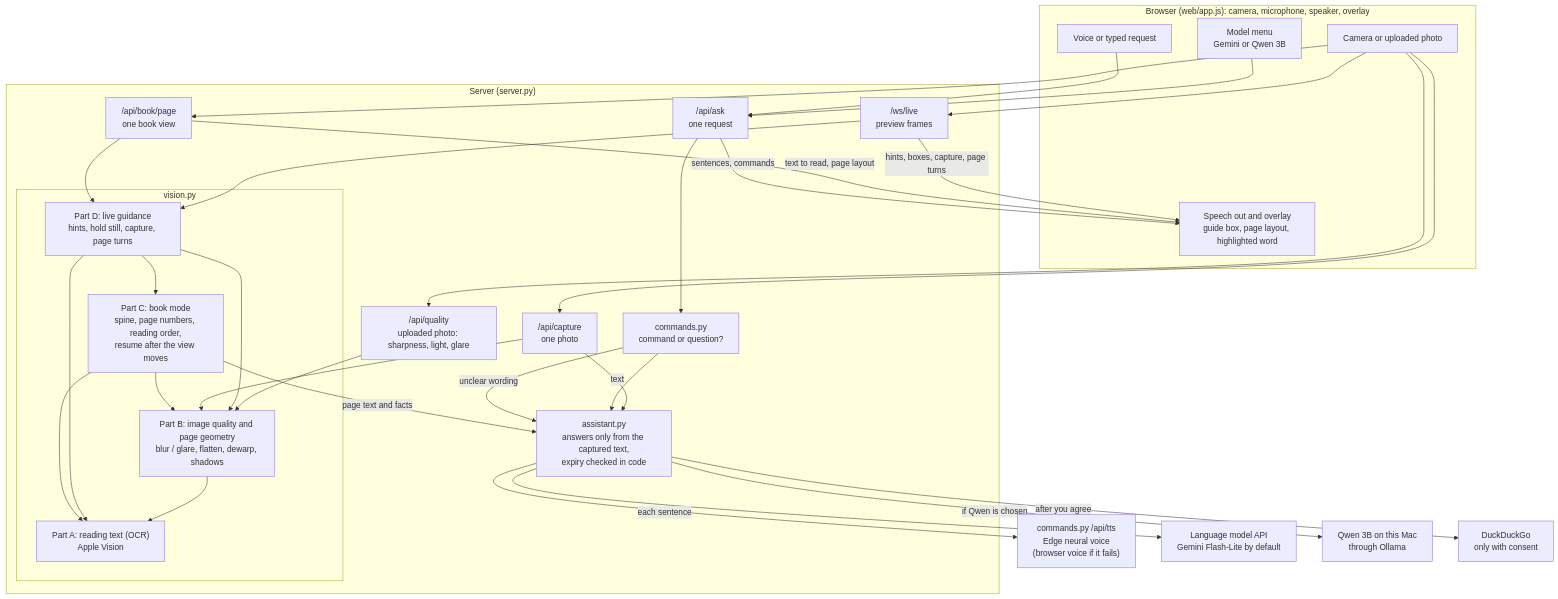
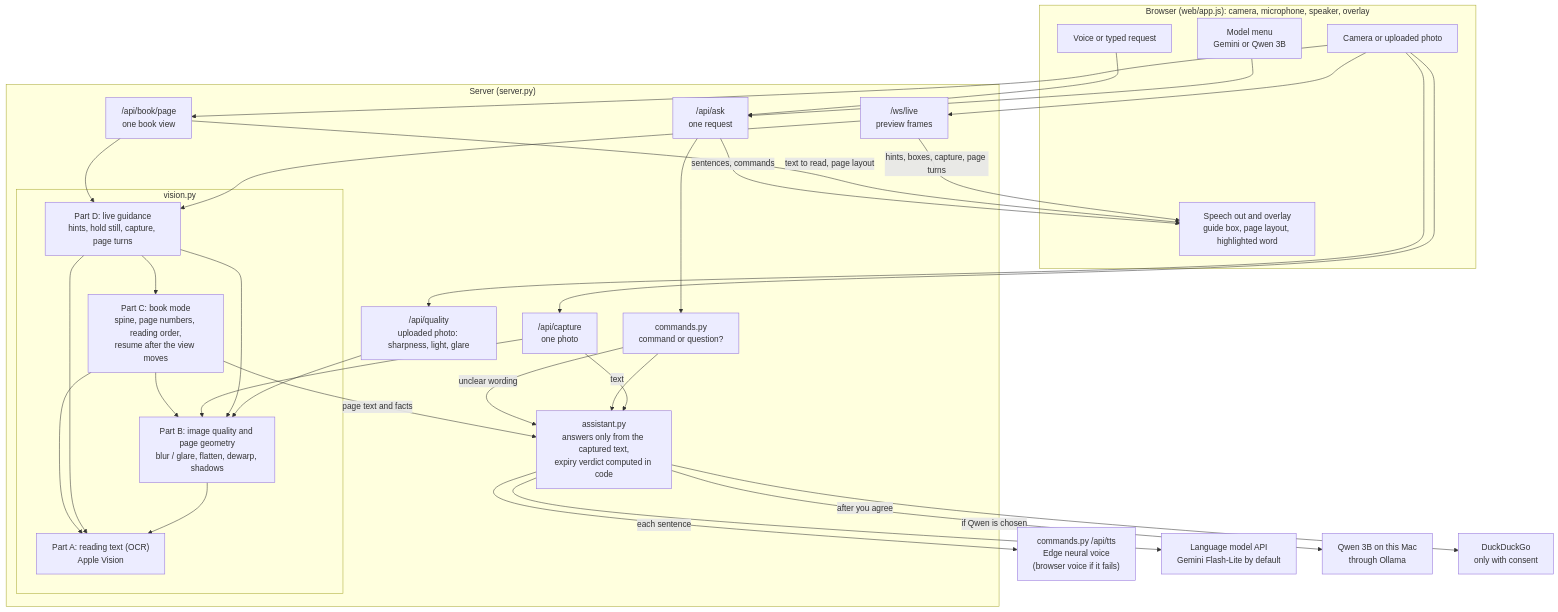
The first of 2 diagrams in README.md (neerajprao/Helping_Eyes-main), drawn with Mermaid before and after one commit. The commit also changed other lines of this file and 6 other files, not shown here.

````diff
--- a/README.md
+++ b/README.md
@@ -78,63 +78,63 @@
 ```mermaid
 flowchart TB
     subgraph BR["Browser (web/app.js): camera, microphone, speaker, overlay"]
         CAM[Camera or uploaded photo]
         MODEL[Model menu<br/>Gemini or Qwen 3B]
         MIC[Voice or typed request]
         OUT[Speech out and overlay<br/>guide box, page layout, highlighted word]
     end
 
     subgraph SV["Server (server.py)"]
         WS["/ws/live<br/>preview frames"]
         CAP["/api/capture<br/>one photo"]
         QLT["/api/quality<br/>uploaded photo: sharpness, light, glare"]
         BK["/api/book/page<br/>one book view"]
         ASK["/api/ask<br/>one request"]
         CMD["commands.py<br/>command or question?"]
 
         subgraph VIS["vision.py"]
             LIVE["Part D: live guidance<br/>hints, hold still, capture, page turns"]
             BOOKM["Part C: book mode<br/>spine, page numbers, reading order,<br/>resume after the view moves"]
             QUAL["Part B: image quality and page geometry<br/>blur / glare, flatten, dewarp, shadows"]
             OCRP["Part A: reading text (OCR)<br/>Apple Vision"]
         end
 
-        DA["assistant.py<br/>answers only from the captured text,<br/>expiry checked in code"]
+        DA["assistant.py<br/>answers only from the captured text,<br/>expiry verdict computed in code"]
     end
 
     VOICE["commands.py /api/tts<br/>Edge neural voice<br/>(browser voice if it fails)"]
     LLM[Language model API<br/>Gemini Flash-Lite by default]
     QWEN[Qwen 3B on this Mac<br/>through Ollama]
     WEB[DuckDuckGo<br/>only with consent]
 
     CAM --> WS
     CAM --> CAP
     CAM --> QLT
     QLT --> QUAL
     MODEL --> ASK
     CAM --> BK
     MIC --> ASK
 
     WS --> LIVE
     BK --> LIVE
     LIVE --> BOOKM
     LIVE --> QUAL
     CAP --> QUAL
     BOOKM --> QUAL
     QUAL --> OCRP
     LIVE --> OCRP
     BOOKM --> OCRP
     BOOKM -- page text and facts --> DA
     CAP -- text --> DA
     ASK --> CMD
     CMD --> DA
     CMD -- unclear wording --> DA
     DA --> LLM
     DA -- if Qwen is chosen --> QWEN
     DA -- after you agree --> WEB
     DA -- each sentence --> VOICE
 
     WS -- hints, boxes, capture, page turns --> OUT
     BK -- text to read, page layout --> OUT
     ASK -- sentences, commands --> OUT
 ```
````
